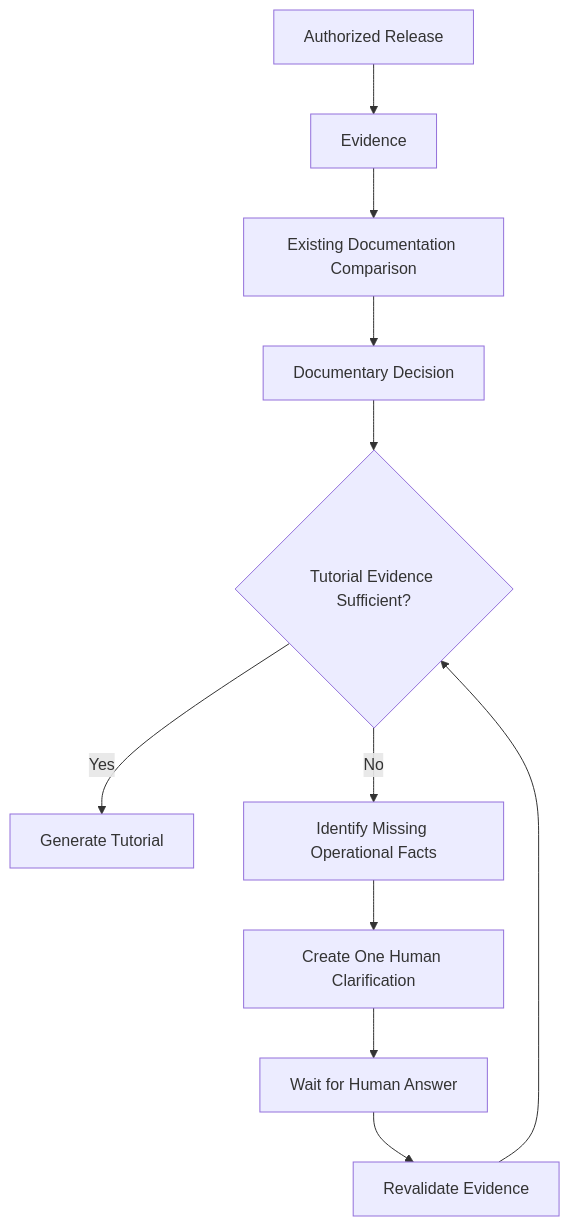
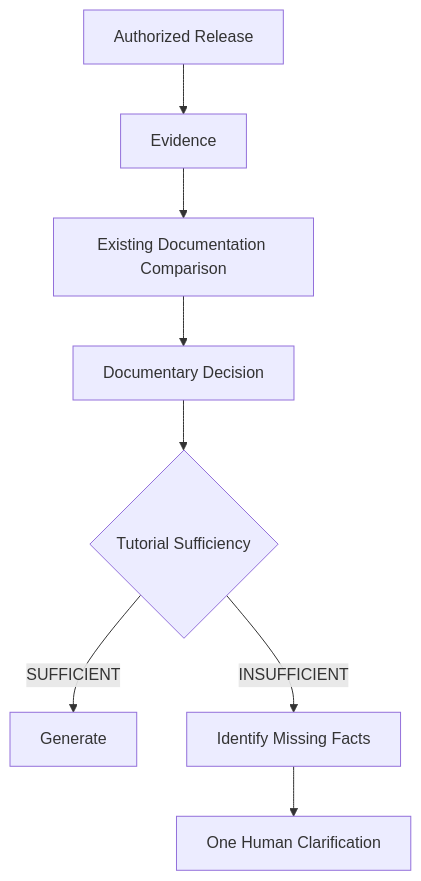
Before and after one commit to erikasrcastro/bia-governed-documentation-showcase: the diagram in showcase/CASE_STUDY.md, drawn with Mermaid. The commit also changed other lines of this file, not shown here.

```diff
--- a/showcase/CASE_STUDY.md
+++ b/showcase/CASE_STUDY.md
@@ -75,13 +81,10 @@
 ~~~mermaid
 flowchart TD
     A[Authorized Release] --> B[Evidence]
     B --> C[Existing Documentation Comparison]
     C --> D[Documentary Decision]
-    D --> E{Tutorial Evidence Sufficient?}
-    E -- Yes --> F[Generate Tutorial]
-    E -- No --> G[Identify Missing Operational Facts]
-    G --> H[Create One Human Clarification]
-    H --> I[Wait for Human Answer]
-    I --> J[Revalidate Evidence]
-    J --> E
+    D --> E{Tutorial Sufficiency}
+    E -- SUFFICIENT --> F[Generate]
+    E -- INSUFFICIENT --> G[Identify Missing Facts]
+    G --> H[One Human Clarification]
 ~~~
```
